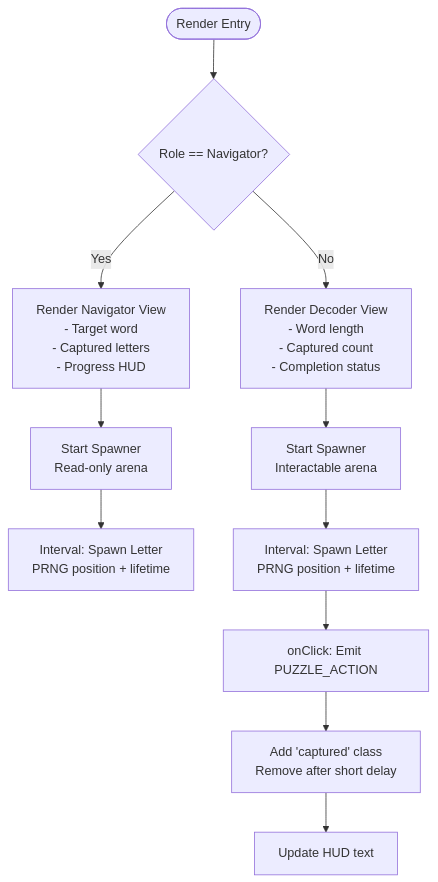
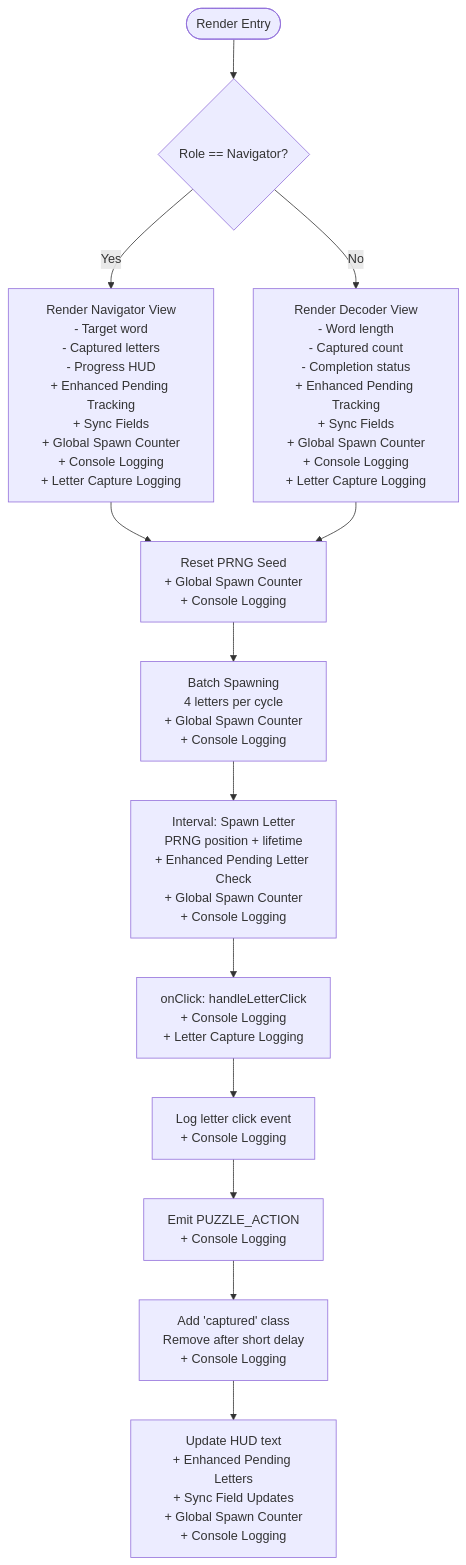
One commit to dkoukoul/escape-room-mvp changed the third of 9 diagrams in .qoder/repowiki/en/content/Puzzle System/Asymmetric Symbols Puzzle.md. Above: the diagram before and after it, drawn with Mermaid. The commit also changed other lines of this file and 21 other files, not shown here.

````diff
--- a/.qoder/repowiki/en/content/Puzzle System/Asymmetric Symbols Puzzle.md
+++ b/.qoder/repowiki/en/content/Puzzle System/Asymmetric Symbols Puzzle.md
@@ -174,13 +220,15 @@
 ```mermaid
 flowchart TD
 Start(["Render Entry"]) --> CheckRole{"Role == Navigator?"}
-CheckRole --> |Yes| NavView["Render Navigator View<br/>- Target word<br/>- Captured letters<br/>- Progress HUD"]
-CheckRole --> |No| DecView["Render Decoder View<br/>- Word length<br/>- Captured count<br/>- Completion status"]
-NavView --> SpawnNav["Start Spawner<br/>Read-only arena"]
-DecView --> SpawnDec["Start Spawner<br/>Interactable arena"]
-SpawnNav --> LoopNav["Interval: Spawn Letter<br/>PRNG position + lifetime"]
-SpawnDec --> LoopDec["Interval: Spawn Letter<br/>PRNG position + lifetime"]
-LoopDec --> Click["onClick: Emit PUZZLE_ACTION"]
-Click --> Feedback["Add 'captured' class<br/>Remove after short delay"]
-Feedback --> UpdateHUD["Update HUD text"]
+CheckRole --> |Yes| NavView["Render Navigator View<br/>- Target word<br/>- Captured letters<br/>- Progress HUD<br/>+ Enhanced Pending Tracking<br/>+ Sync Fields<br/>+ Global Spawn Counter<br/>+ Console Logging<br/>+ Letter Capture Logging"]
+CheckRole --> |No| DecView["Render Decoder View<br/>- Word length<br/>- Captured count<br/>- Completion status<br/>+ Enhanced Pending Tracking<br/>+ Sync Fields<br/>+ Global Spawn Counter<br/>+ Console Logging<br/>+ Letter Capture Logging"]
+NavView --> Seed["Reset PRNG Seed<br/>+ Global Spawn Counter<br/>+ Console Logging"]
+DecView --> Seed
+Seed --> Batch["Batch Spawning<br/>4 letters per cycle<br/>+ Global Spawn Counter<br/>+ Console Logging"]
+Batch --> Loop["Interval: Spawn Letter<br/>PRNG position + lifetime<br/>+ Enhanced Pending Letter Check<br/>+ Global Spawn Counter<br/>+ Console Logging"]
+Loop --> Click["onClick: handleLetterClick<br/>+ Console Logging<br/>+ Letter Capture Logging"]
+Click --> LogClick["Log letter click event<br/>+ Console Logging"]
+LogClick --> Emit["Emit PUZZLE_ACTION<br/>+ Console Logging"]
+Emit --> Feedback["Add 'captured' class<br/>Remove after short delay<br/>+ Console Logging"]
+Feedback --> UpdateHUD["Update HUD text<br/>+ Enhanced Pending Letters<br/>+ Sync Field Updates<br/>+ Global Spawn Counter<br/>+ Console Logging"]
 ```
````
